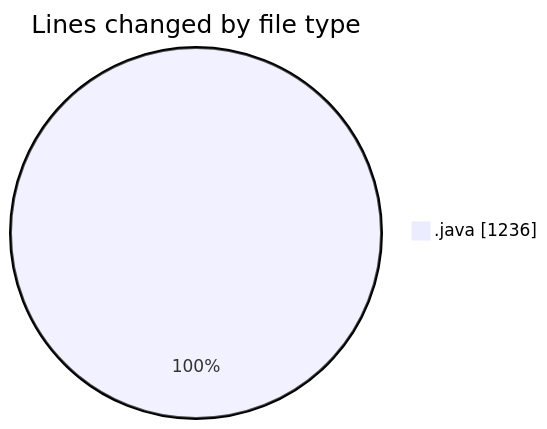
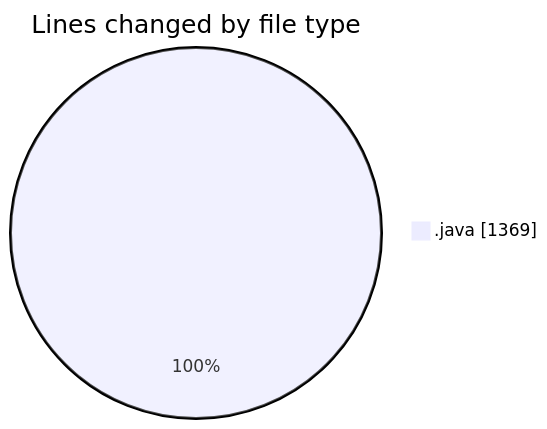
Before and after one commit to ricardozamudiocil/code-tracking: the first of 2 diagrams in 2026-07-21/cilreports__workspace_/README.md, drawn with Mermaid. The commit also changed other lines of this file and 1 other file, not shown here.

````diff
--- a/2026-07-21/cilreports__workspace_/README.md
+++ b/2026-07-21/cilreports__workspace_/README.md
@@ -21,5 +22,5 @@
 ```mermaid
 pie showData
 title Lines changed by file type
-".java" : 1236
+".java" : 1369
 ```
````
